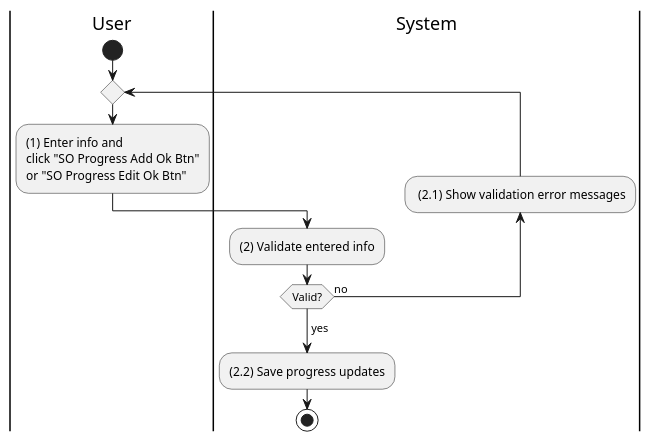
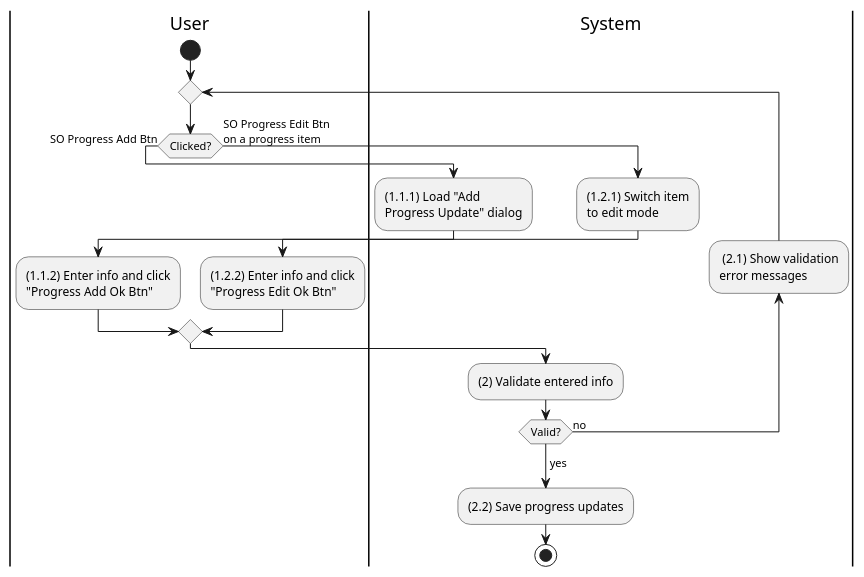
Before and after one commit to phihungha/scmss-reqs: the diagram in activities/sales-order-update-progress.plantuml, drawn with PlantUML. The commit also changed 5 other files, not shown here.

```diff
--- a/activities/sales-order-update-progress.plantuml
+++ b/activities/sales-order-update-progress.plantuml
@@ -1,16 +1,26 @@
 @startuml sales-order-update-progress
 |u|User
 |s|System
 
 |u|
 start
 repeat
-    :(1) Enter info and\nclick "SO Progress Add Ok Btn"\nor "SO Progress Edit Ok Btn";
+    if (Clicked?) then (SO Progress Add Btn)
+        |s|
+        :(1.1.1) Load "Add\nProgress Update" dialog;
+        |u|
+        :(1.1.2) Enter info and click\n"Progress Add Ok Btn";
+    else (SO Progress Edit Btn\non a progress item)
+        |s|
+        :(1.2.1) Switch item\nto edit mode;
+        |u|
+        :(1.2.2) Enter info and click\n"Progress Edit Ok Btn";
+    endif
     |s|
     :(2) Validate entered info;
-    backward: (2.1) Show validation error messages;
+    backward: (2.1) Show validation\nerror messages;
 repeat while (Valid?) is (no)
 ->yes;
 :(2.2) Save progress updates;
 stop
 @enduml
```
